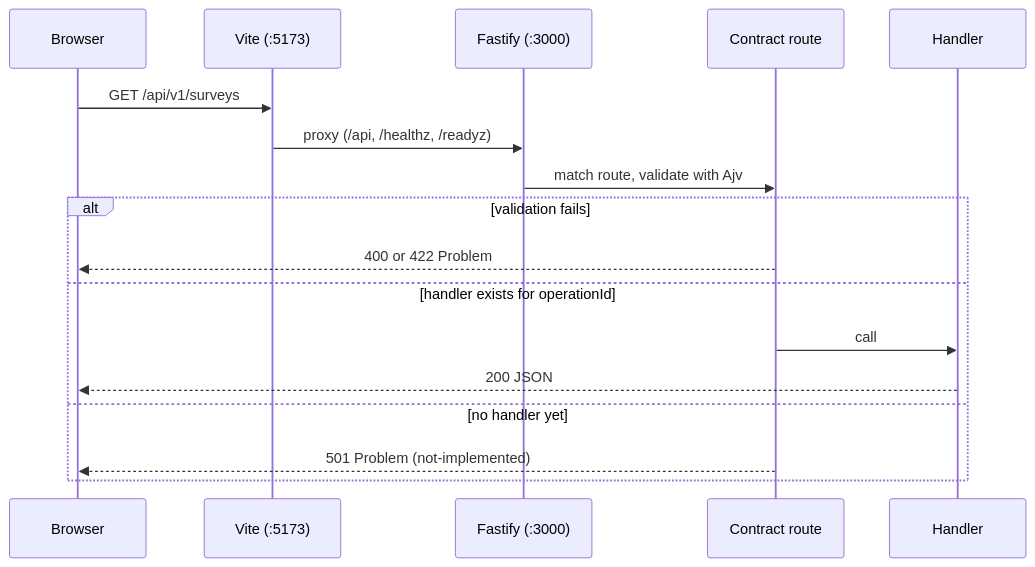
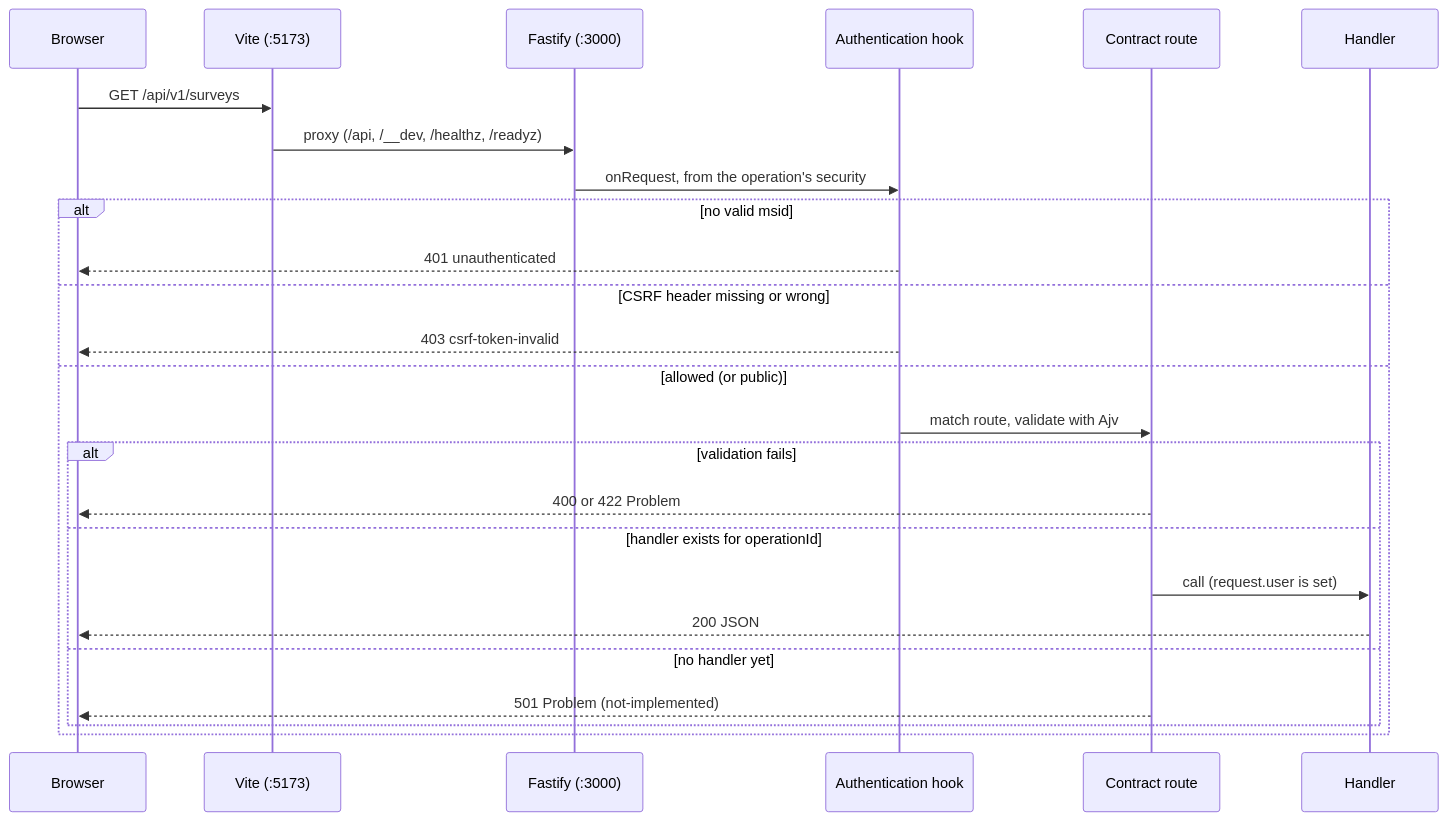
The second of 2 diagrams in docs/architecture.md (surveyjs/surveyjs-studio), drawn with Mermaid before and after one commit. The commit also changed other lines of this file and 14 other files, not shown here.

````diff
--- a/docs/architecture.md
+++ b/docs/architecture.md
@@ -155,19 +164,27 @@
 ```mermaid
 sequenceDiagram
   participant B as Browser
   participant V as Vite (:5173)
   participant F as Fastify (:3000)
+  participant A as Authentication hook
   participant R as Contract route
   participant H as Handler
   B->>V: GET /api/v1/surveys
-  V->>F: proxy (/api, /healthz, /readyz)
-  F->>R: match route, validate with Ajv
-  alt validation fails
-    R-->>B: 400 or 422 Problem
-  else handler exists for operationId
-    R->>H: call
-    H-->>B: 200 JSON
-  else no handler yet
-    R-->>B: 501 Problem (not-implemented)
+  V->>F: proxy (/api, /__dev, /healthz, /readyz)
+  F->>A: onRequest, from the operation's security
+  alt no valid msid
+    A-->>B: 401 unauthenticated
+  else CSRF header missing or wrong
+    A-->>B: 403 csrf-token-invalid
+  else allowed (or public)
+    A->>R: match route, validate with Ajv
+    alt validation fails
+      R-->>B: 400 or 422 Problem
+    else handler exists for operationId
+      R->>H: call (request.user is set)
+      H-->>B: 200 JSON
+    else no handler yet
+      R-->>B: 501 Problem (not-implemented)
+    end
   end
 ```
````
